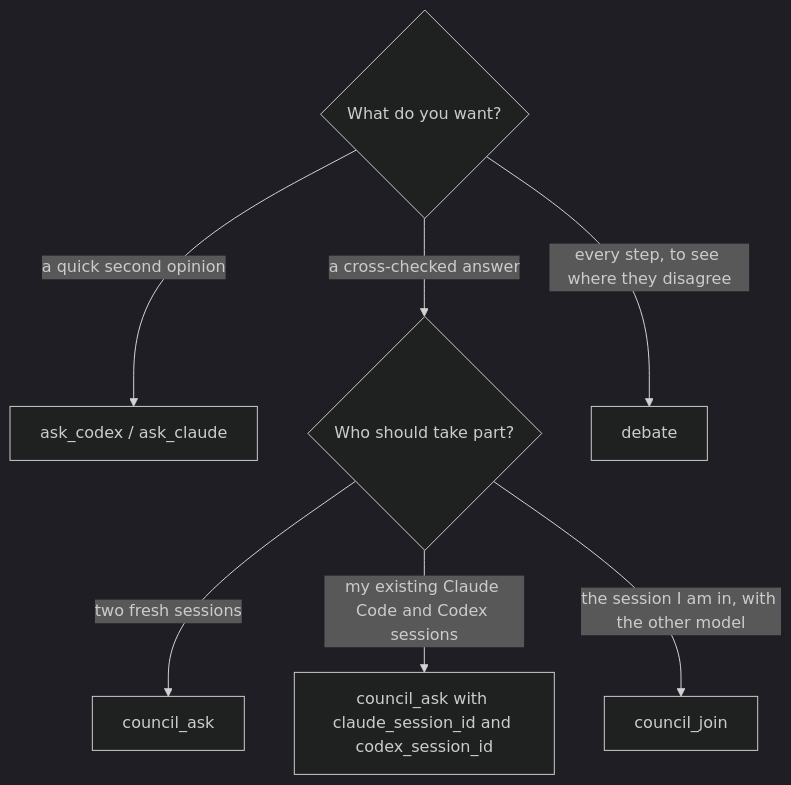
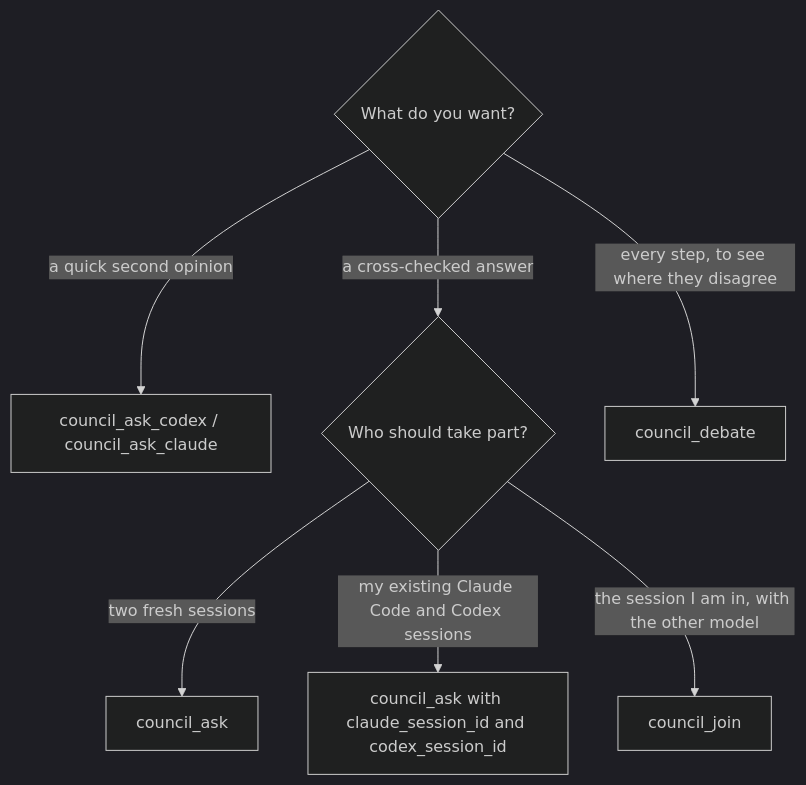
Before and after one commit to hamza-aziz-ai/codex-claude-council: the second of 3 diagrams in README.md, drawn with Mermaid (dark theme). The commit also changed other lines of this file and 10 other files, not shown here.

````diff
--- a/README.md
+++ b/README.md
@@ -238,9 +238,9 @@
 ```mermaid
 flowchart TD
-    S{What do you want?} -->|a quick second opinion| O[ask_codex / ask_claude]
+    S{What do you want?} -->|a quick second opinion| O[council_ask_codex / council_ask_claude]
     S -->|a cross-checked answer| W{Who should take part?}
     W -->|two fresh sessions| CA[council_ask]
     W -->|my existing Claude Code and Codex sessions| CS[council_ask with claude_session_id and codex_session_id]
     W -->|the session I am in, with the other model| CJ[council_join]
-    S -->|every step, to see where they disagree| D[debate]
+    S -->|every step, to see where they disagree| D[council_debate]
 ```
````
